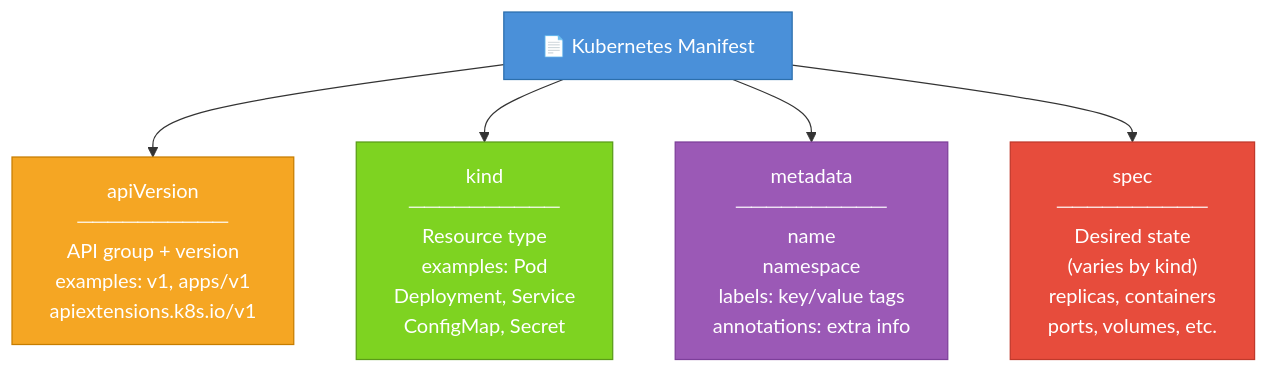
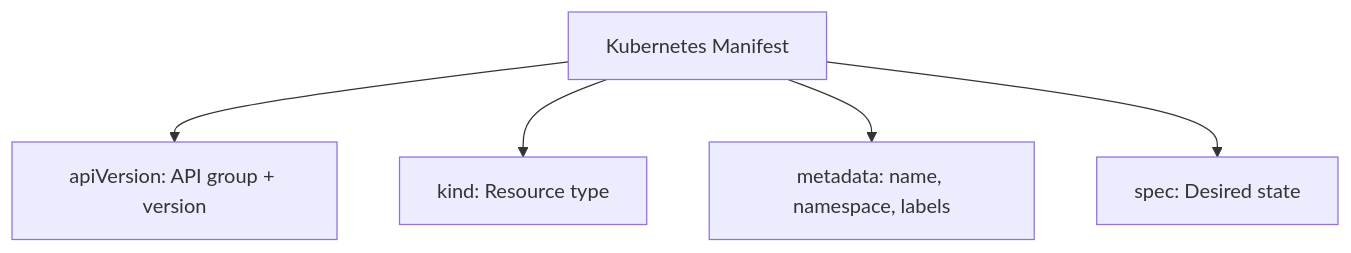
One commit to Antoine-Flo/kube-mastery changed the diagram in src/courses/modules/yaml-and-objects/01-kubernetes-object-model/en/content.md. Above: the diagram before and after it, drawn with Mermaid. The commit also changed other lines of this file and 17 other files, not shown here.

````diff
--- a/src/courses/modules/yaml-and-objects/01-kubernetes-object-model/en/content.md
+++ b/src/courses/modules/yaml-and-objects/01-kubernetes-object-model/en/content.md
@@ -81,14 +78,8 @@
 ```mermaid
 graph TD
-    Manifest["📄 Kubernetes Manifest"]
-    Manifest --> apiVersion["apiVersion\n──────────\nAPI group + version\nexamples: v1, apps/v1\napiextensions.k8s.io/v1"]
-    Manifest --> kind["kind\n──────────\nResource type\nexamples: Pod\nDeployment, Service\nConfigMap, Secret"]
-    Manifest --> metadata["metadata\n──────────\nname\nnamespace\nlabels: key/value tags\nannotations: extra info"]
-    Manifest --> spec["spec\n──────────\nDesired state\n(varies by kind)\nreplicas, containers\nports, volumes, etc."]
-
-    style Manifest fill:#4A90D9,color:#fff,stroke:#2c6fad
-    style apiVersion fill:#F5A623,color:#fff,stroke:#c77d00
-    style kind fill:#7ED321,color:#fff,stroke:#5a9c18
-    style metadata fill:#9B59B6,color:#fff,stroke:#7d3f9a
-    style spec fill:#E74C3C,color:#fff,stroke:#c0392b
+    Manifest["Kubernetes Manifest"]
+    Manifest --> apiVersion["apiVersion: API group + version"]
+    Manifest --> kind["kind: Resource type"]
+    Manifest --> metadata["metadata: name, namespace, labels"]
+    Manifest --> spec["spec: Desired state"]
 ```
````
